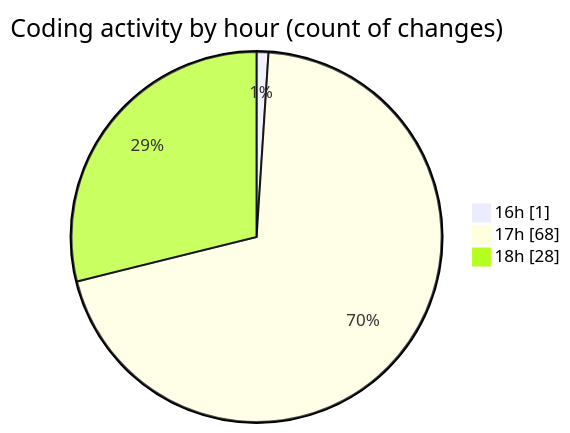
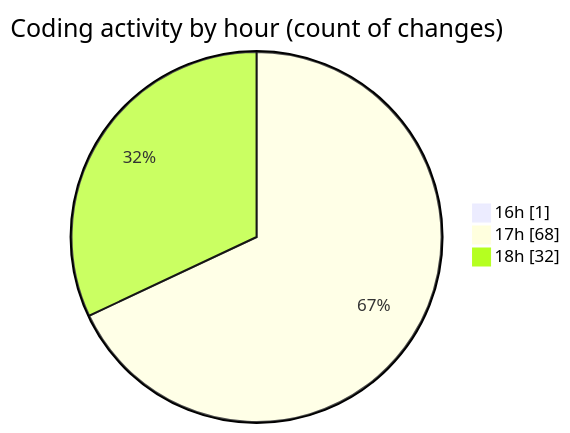
Before and after one commit to idhammustaqopulfikri/code-tracking: the second of 2 diagrams in 2025-05-27/studio-backend/README.md, drawn with Mermaid. The commit also changed other lines of this file and 1 other file, not shown here.

````diff
--- a/2025-05-27/studio-backend/README.md
+++ b/2025-05-27/studio-backend/README.md
@@ -63,7 +64,7 @@
 ```mermaid
 pie showData
 title Coding activity by hour (count of changes)
 "16h" : 1
 "17h" : 68
-"18h" : 28
+"18h" : 32
 ```
````
